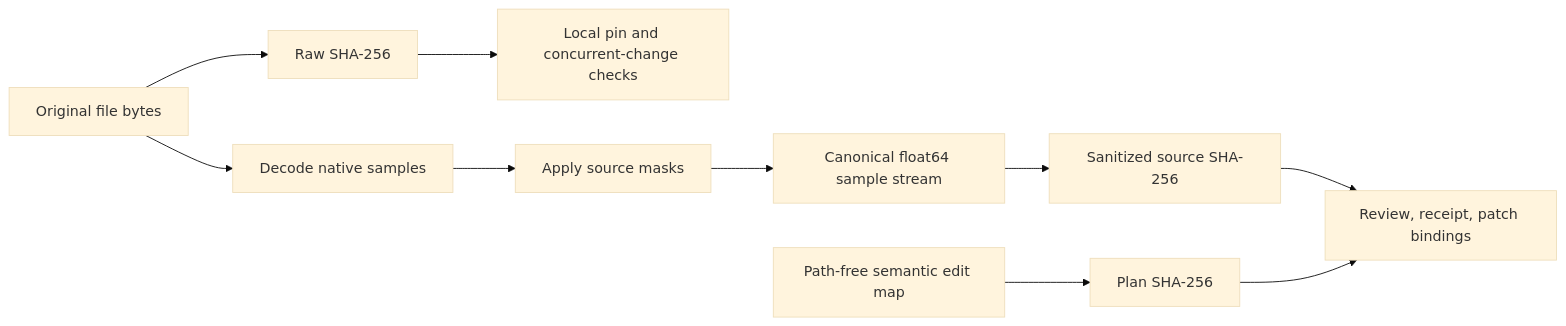
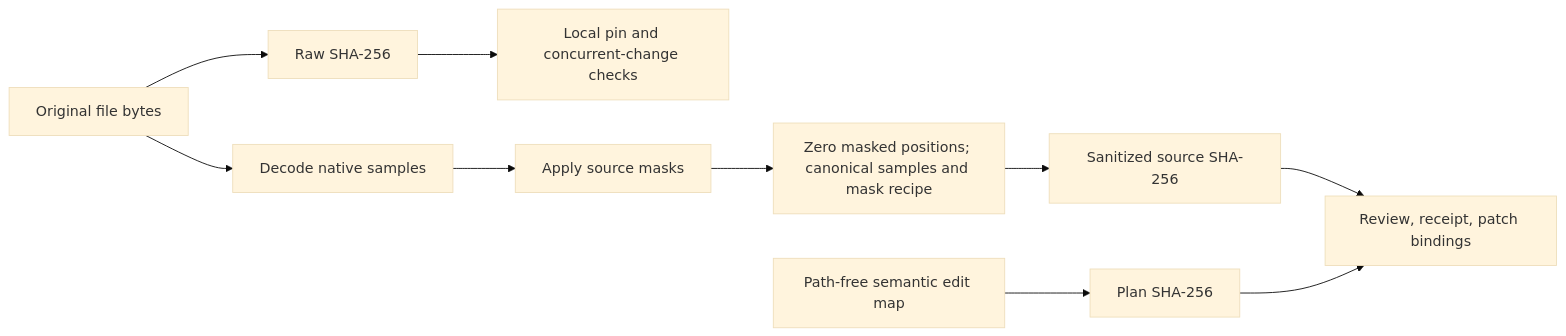
The second of 3 diagrams in docs/architecture.md (Aneesh495/murmur), drawn with Mermaid (base theme) before and after one commit. The commit also changed other lines of this file and 7 other files, not shown here.

````diff
--- a/docs/architecture.md
+++ b/docs/architecture.md
@@ -115,12 +115,12 @@
 ```mermaid
 flowchart LR
     I[Original file bytes] --> RAW[Raw SHA-256]
     RAW --> LOCAL[Local pin and concurrent-change checks]
     I --> DEC[Decode native samples]
     DEC --> MASK[Apply source masks]
-    MASK --> CAN[Canonical float64 sample stream]
+    MASK --> CAN[Zero masked positions; canonical samples and mask recipe]
     CAN --> SAFE[Sanitized source SHA-256]
     SAFE --> PUBLIC[Review, receipt, patch bindings]
     PLAN[Path-free semantic edit map] --> PH[Plan SHA-256]
     PH --> PUBLIC
 ```
````
